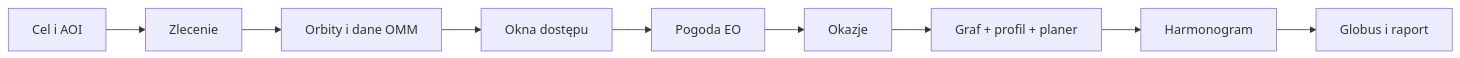
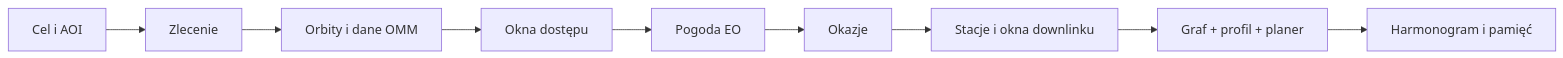
The diagram in docs/user_guide.md (matigeoman/satellite-acquisition-planner), drawn with Mermaid before and after one commit. The commit also changed other lines of this file and 75 other files, not shown here.

````diff
--- a/docs/user_guide.md
+++ b/docs/user_guide.md
@@ -5,11 +5,11 @@
 ```mermaid
 flowchart LR
     A[Cel i AOI] --> B[Zlecenie]
     B --> C[Orbity i dane OMM]
     C --> D[Okna dostępu]
     D --> E[Pogoda EO]
     E --> F[Okazje]
-    F --> G[Graf + profil + planer]
-    G --> H[Harmonogram]
-    H --> I[Globus i raport]
+    F --> G[Stacje i okna downlinku]
+    G --> H[Graf + profil + planer]
+    H --> I[Harmonogram i pamięć]
 ```
````
